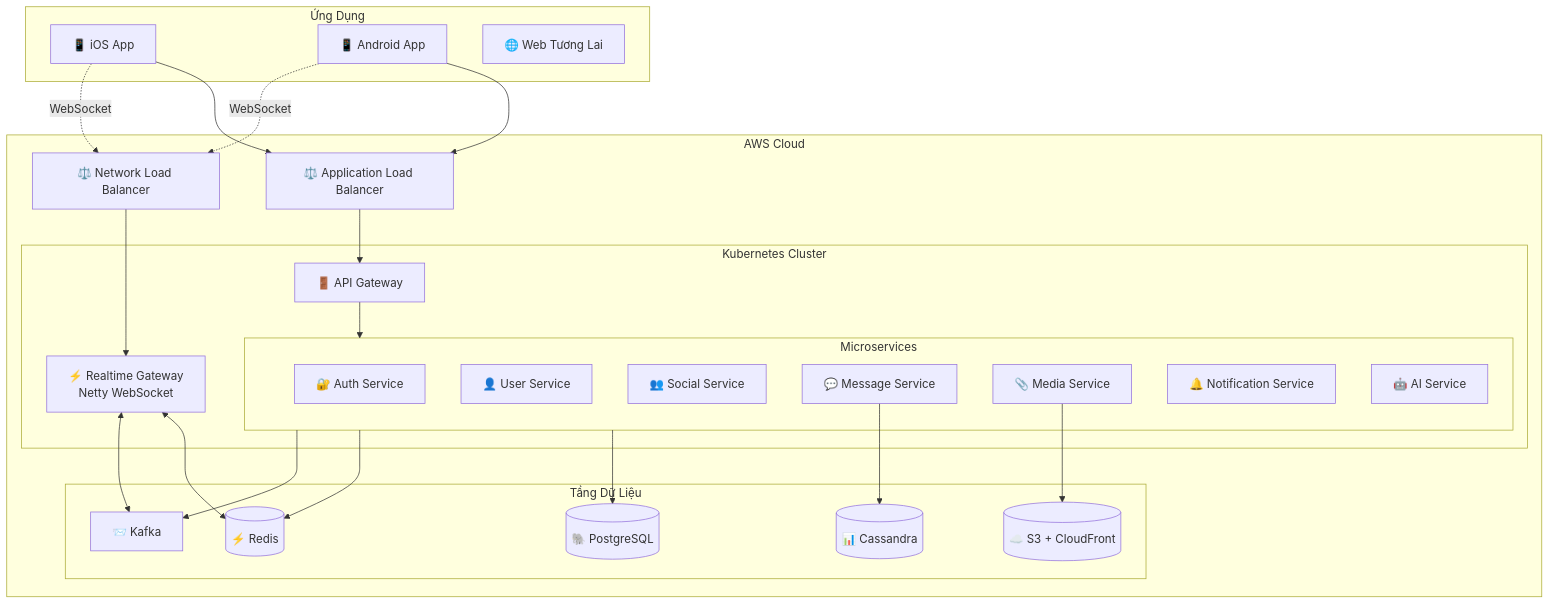
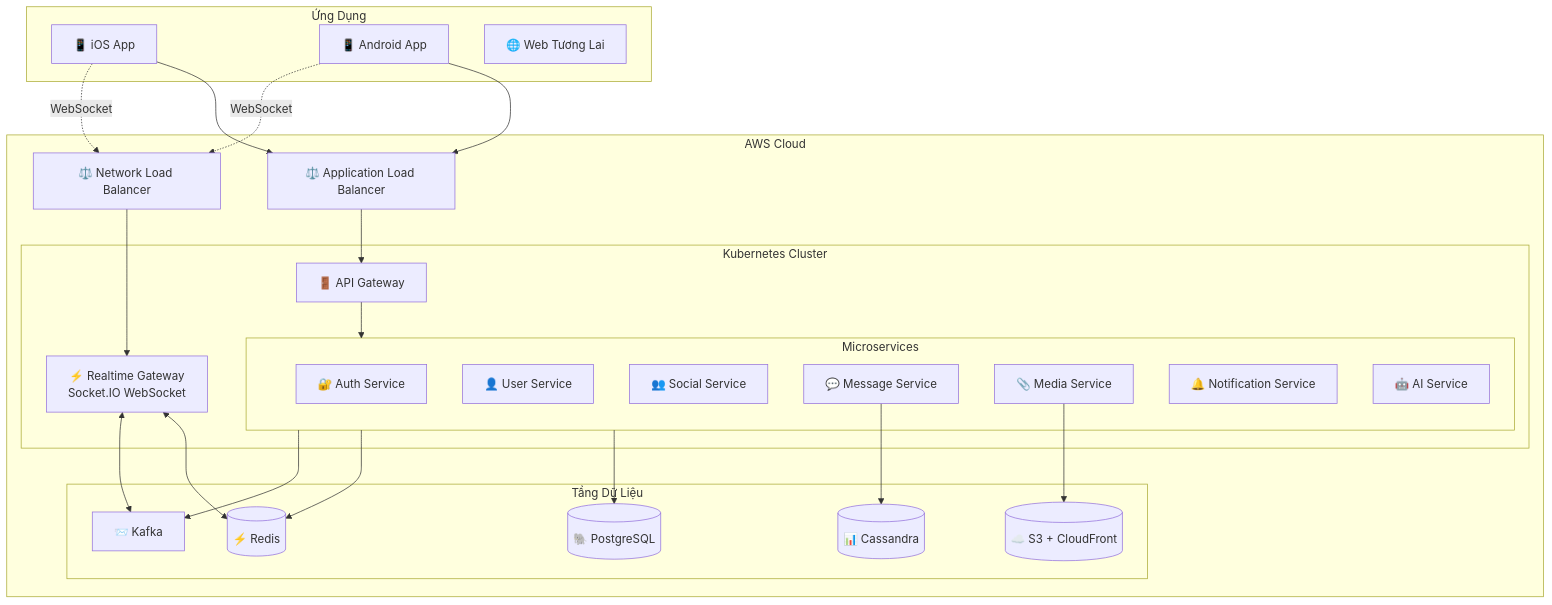
One commit to CNM-DHKTPM18A-2526/CNM-VNALO changed the diagram in README.vi.md. Above: the diagram before and after it, drawn with Mermaid. The commit also changed other lines of this file and 5 other files, not shown here.

First line of the commit message:
chore(backend): standardize schema migration flow with Flyway and align docs

````diff
--- a/README.vi.md
+++ b/README.vi.md
@@ -163,54 +160,54 @@
 ```mermaid
 graph TB
     subgraph Clients[Ứng Dụng]
         iOS[📱 iOS App]
         Android[📱 Android App]
         Web[🌐 Web Tương Lai]
     end
     
     subgraph "AWS Cloud"
         ALB[⚖️ Application Load Balancer]
         NLB[⚖️ Network Load Balancer]
         
         subgraph "Kubernetes Cluster"
             Gateway[🚪 API Gateway]
             
             subgraph Microservices
                 Auth[🔐 Auth Service]
                 User[👤 User Service]
                 Social[👥 Social Service]
                 Message[💬 Message Service]
                 Media[📎 Media Service]
                 Notification[🔔 Notification Service]
                 AI[🤖 AI Service]
             end
             
-            Realtime[⚡ Realtime Gateway<br/>Netty WebSocket]
+            Realtime[⚡ Realtime Gateway<br/>Socket.IO WebSocket]
         end
         
         subgraph "Tầng Dữ Liệu"
             Postgres[(🐘 PostgreSQL)]
             Cassandra[(📊 Cassandra)]
             Redis[(⚡ Redis)]
             Kafka[📨 Kafka]
             S3[(☁️ S3 + CloudFront)]
         end
     end
     
     iOS --> ALB
     Android --> ALB
     iOS -.WebSocket.-> NLB
     Android -.WebSocket.-> NLB
     
     ALB --> Gateway
     NLB --> Realtime
     Gateway --> Microservices
     
     Microservices --> Postgres
     Message --> Cassandra
     Microservices --> Redis
     Microservices --> Kafka
     Media --> S3
     Realtime <--> Redis
     Realtime <--> Kafka
 ```
````
